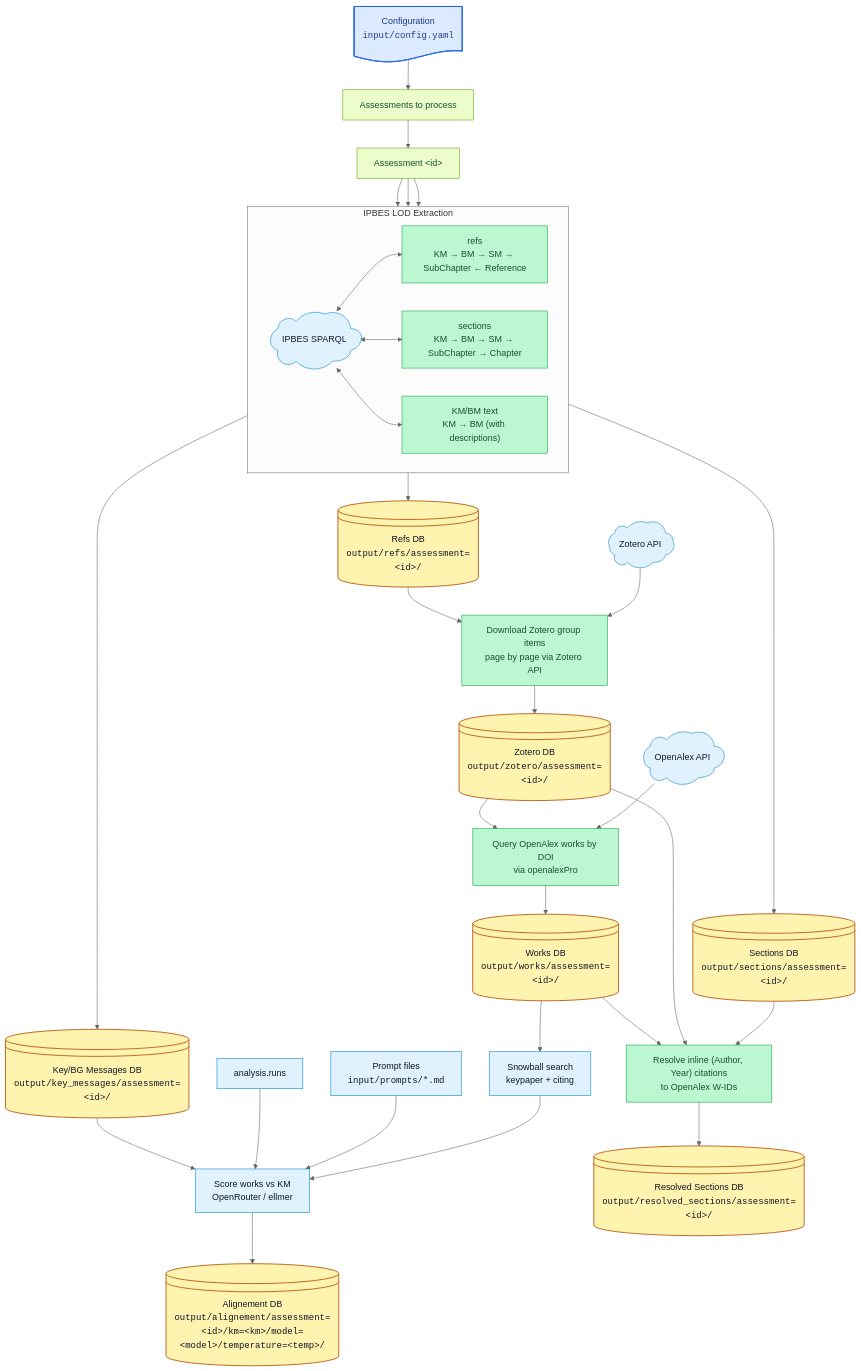
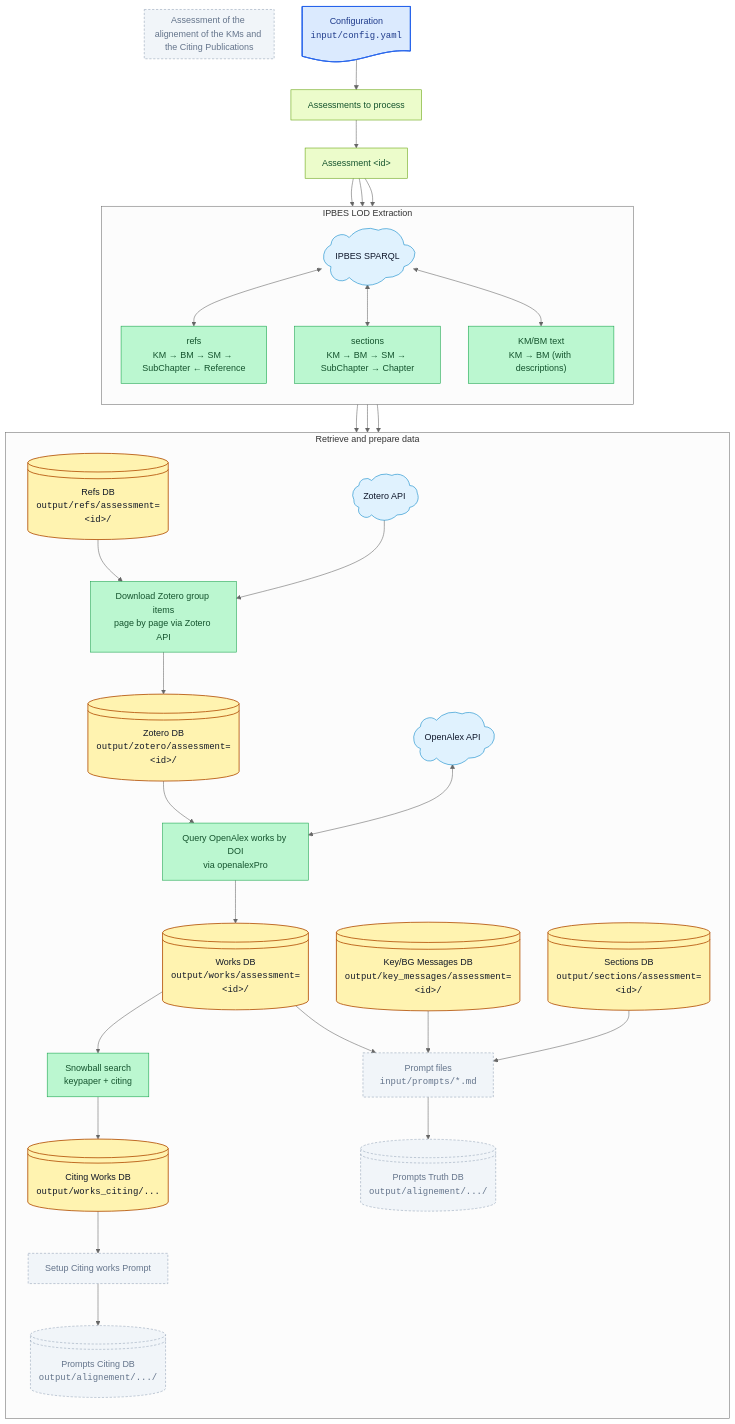
The diagram in input/mmd/workflow.mmd (IPBES-Data/IPBES_BM_Fact_Checker), drawn with Mermaid (neutral theme) before and after one commit. The commit also changed 17 other files, not shown here.

First line of the commit message:
Switch SPARQL to per-assessment named graphs; fix snowball schema bugs

```diff
--- a/input/mmd/workflow.mmd
+++ b/input/mmd/workflow.mmd
@@ -1,66 +1,106 @@
 flowchart TD
 
   %% Configuration
   config_file@{ shape: doc, label: "Configuration <br><tt>input/config.yaml</tt>" }
-  config_file --> assessment_list["Assessments to process"]
-  assessment_list --> assessment_id["Assessment &lt;id&gt;"]
+  assessment_list@{ shape: rect, label: "Assessments to process" }
+  assessment_id@{ shape: rect, label: "Assessment &lt;id&gt;" }
+
+  config_file --> assessment_list
+  assessment_list --> assessment_id
+  assessment_id --> build_refs
 
   %% LOD Extraction — grouped so the three parallel queries stay in one horizontal band
   subgraph lod["IPBES LOD Extraction"]
-    direction LR
+    direction TB
+
+    %% Nodes
     sparql@{ shape: cloud, label: "IPBES SPARQL" }
-    build_refs["refs<br/>KM → BM → SM → SubChapter ← Reference"]
-    build_sections["sections<br/>KM → BM → SM → SubChapter → Chapter"]
-    build_key_messages["KM/BM text<br/>KM → BM (with descriptions)"]
+    build_refs@{ shape: rect, label: "refs<br/>KM → BM → SM → SubChapter ← Reference" }
+    build_sections@{ shape: rect, label: "sections<br/>KM → BM → SM → SubChapter → Chapter" }
+    build_key_messages@{ shape: rect, label: "KM/BM text<br/>KM → BM (with descriptions)" }
+
+    %% Edges
     sparql <--> build_refs
     sparql <--> build_sections
     sparql <--> build_key_messages
   end
 
-  assessment_id --> build_refs
   assessment_id --> build_sections
   assessment_id --> build_key_messages
 
-  build_refs        --> refs_db@{         shape: lin-cyl, label: "Refs DB<br/><tt>output/refs/assessment=&lt;id&gt;/</tt>" }
-  build_sections    --> sections_db@{     shape: lin-cyl, label: "Sections DB<br/><tt>output/sections/assessment=&lt;id&gt;/</tt>" }
-  build_key_messages --> key_messages_db@{ shape: lin-cyl, label: "Key/BG Messages DB<br/><tt>output/key_messages/assessment=&lt;id&gt;/</tt>" }
+  subgraph data["Retrieve and prepare data"]
+    direction TD
 
-  %% Download spine
-  refs_db --> download_zotero["Download Zotero group items<br/>page by page via Zotero API"]
-  zotero_api@{ shape: cloud, label: "Zotero API" } --> download_zotero
-  download_zotero --> zotero_db@{ shape: lin-cyl, label: "Zotero DB<br/><tt>output/zotero/assessment=&lt;id&gt;/</tt>" }
+    %% Nodes
+    refs_db@{ shape: lin-cyl, label: "Refs DB<br/><tt>output/refs/assessment=&lt;id&gt;/</tt>" }
+    sections_db@{ shape: lin-cyl, label: "Sections DB<br/><tt>output/sections/assessment=&lt;id&gt;/</tt>" }
+    key_messages_db@{ shape: lin-cyl, label: "Key/BG Messages DB<br/><tt>output/key_messages/assessment=&lt;id&gt;/</tt>" }
+    zotero_api@{ shape: cloud, label: "Zotero API" }
+    zotero_db@{ shape: lin-cyl, label: "Zotero DB<br/><tt>output/zotero/assessment=&lt;id&gt;/</tt>" }
+    openalex@{ shape: cloud, label: "OpenAlex API" }
+    works_db@{ shape: lin-cyl, label: "Works DB<br/><tt>output/works/assessment=&lt;id&gt;/</tt>" }
+    citing_db@{ shape: lin-cyl, label: "Citing Works DB<br/><tt>output/works_citing/...</tt>" }
+    prompts_truth_db@{ shape: lin-cyl, label: "Prompts Truth DB<br/><tt>output/alignement/.../</tt>" }
+    prompts_citing_db@{ shape: lin-cyl, label: "Prompts Citing DB<br/><tt>output/alignement/.../</tt>" }
+    download_zotero@{ shape: rect, label: "Download Zotero group items<br/>page by page via Zotero API" }
+    download_works@{ shape: rect, label: "Query OpenAlex works by DOI<br/>via openalexPro" }
+    snowball@{ shape: rect, label: "Snowball search<br/>keypaper + citing" }
+    prompts_truth@{ shape: rect, label: "Prompt files<br/><tt>input/prompts/*.md</tt>" }
+    prompts_citing@{ shape: rect, label: "Setup Citing works Prompt" }
+    %% analysis_runs["analysis.runs"]
+    %% alignement["Score works vs KM<br/>OpenRouter / ellmer"]
 
-  zotero_db --> download_works["Query OpenAlex works by DOI<br/>via openalexPro"]
-  openalex@{ shape: cloud, label: "OpenAlex API" } --> download_works
-  download_works --> works_db@{ shape: lin-cyl, label: "Works DB<br/><tt>output/works/assessment=&lt;id&gt;/</tt>" }
+    %% Edges
+    build_refs        --> refs_db
+    build_sections    --> sections_db
+    build_key_messages --> key_messages_db
 
-  %% AI alignment scoring
-  analysis_runs["analysis.runs"]
-  prompts["Prompt files<br/><tt>input/prompts/*.md</tt>"]
-  snowball["Snowball search<br/>keypaper + citing"]
-  alignement["Score works vs KM<br/>OpenRouter / ellmer"]
-  works_db --> snowball
-  key_messages_db --> alignement
-  analysis_runs --> alignement
-  prompts --> alignement
-  snowball --> alignement
-  alignement --> alignement_db@{ shape: lin-cyl, label: "Alignement DB<br/><tt>output/alignement/assessment=&lt;id&gt;/km=&lt;km&gt;/model=&lt;model&gt;/temperature=&lt;temp&gt;/</tt>" }
+    %% Download spine
+    refs_db --> download_zotero
+    zotero_api --> download_zotero
+    download_zotero --> zotero_db
+
+    zotero_db --> download_works
+    openalex <--> download_works
+    download_works --> works_db
+
+    %% AI alignment scoring
+    %% analysis_runs --> prompts_citing
+    works_db --> snowball
+    snowball --> citing_db
+
+    key_messages_db --> prompts_truth
+    works_db --> prompts_truth
+    prompts_truth --> prompts_truth_db
+    sections_db --> prompts_truth
+
+    citing_db --> prompts_citing
+    prompts_citing --> prompts_citing_db
+  end
+
+  subgraph ai_assessment["Assessment of the alignement of the KMs and the Citing Publications"]
+
+  end
 
   %% Resolution
-  works_db    --> resolve_citations["Resolve inline (Author, Year) citations<br/>to OpenAlex W-IDs"]
-  zotero_db   --> resolve_citations
-  sections_db --> resolve_citations
-  resolve_citations --> resolved_sections_db@{ shape: lin-cyl, label: "Resolved Sections DB<br/><tt>output/resolved_sections/assessment=&lt;id&gt;/</tt>" }
+  %% works_db    --> resolve_citations["Resolve inline (Author, Year) citations<br/>to OpenAlex W-IDs"]
+  %% zotero_db   --> resolve_citations
+  %% sections_db --> resolve_citations
+  %% resolve_citations --> resolved_sections_db@{ shape: lin-cyl, label: "Resolved Sections DB<br/><tt>output/resolved_sections/assessment=&lt;id&gt;/</tt>" }
 
   %% Styles
   classDef input_file  fill:#dbeafe,stroke:#2563eb,color:#1e3a8a,stroke-width:1.5px;
   classDef config      fill:#ecfccb,stroke:#65a30d,color:#14532d,stroke-width:1px;
   classDef database    fill:#fff3b0,stroke:#b45309,color:#111827,stroke-width:1.5px;
   classDef processing  fill:#bbf7d0,stroke:#16a34a,color:#14532d,stroke-width:1px;
   classDef helper      fill:#e0f2fe,stroke:#0284c7,color:#0f172a,stroke-width:1px;
+  classDef disabled    fill:#f1f5f9,stroke:#94a3b8,color:#64748b,stroke-width:1px,stroke-dasharray:4 3;
 
   class config_file input_file;
   class assessment_list,assessment_id config;
-  class refs_db,sections_db,key_messages_db,zotero_db,works_db,resolved_sections_db,alignement_db database;
-  class build_refs,build_sections,build_key_messages,download_zotero,download_works,resolve_citations processing;
-  class sparql,zotero_api,openalex,analysis_runs,prompts,snowball,alignement helper;
+  class citing_db,refs_db,sections_db,key_messages_db,zotero_db,works_db database;
+  class build_refs,build_sections,build_key_messages,download_zotero,download_works,snowball processing;
+  class sparql,zotero_api,openalex helper;
+  class prompts_truth,prompts_citing,prompts_truth_db,prompts_citing_db disabled;
+
+  style ai_assessment fill:#f1f5f9,stroke:#94a3b8,color:#64748b,stroke-dasharray:4 3;
```
